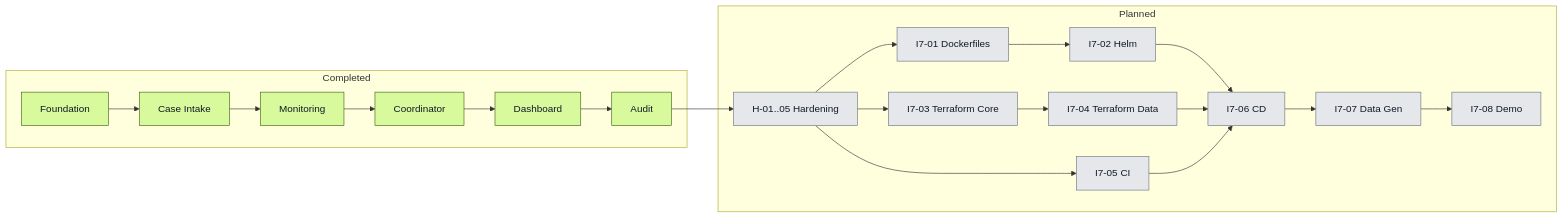
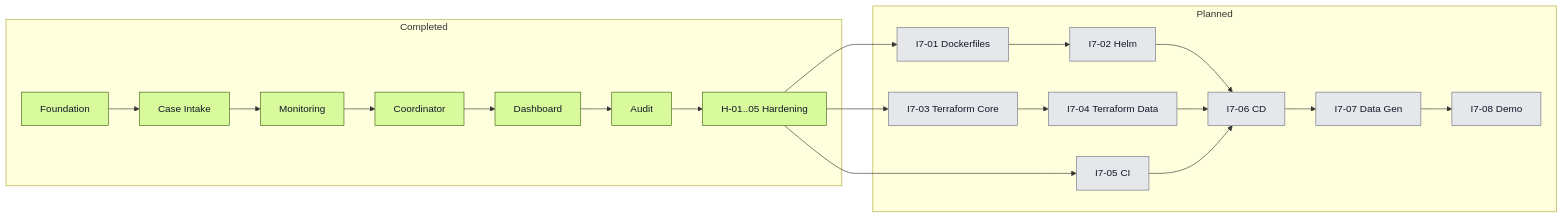
One commit to artemsemdev/CareBridge changed the second of 2 diagrams in docs/delivery/README.md. Above: the diagram before and after it, drawn with Mermaid. The commit also changed other lines of this file and 18 other files, not shown here.

````diff
--- a/docs/delivery/README.md
+++ b/docs/delivery/README.md
@@ -112,35 +116,35 @@
 ```mermaid
 flowchart LR
     subgraph Completed
         E1[Foundation]
         E2[Case Intake]
         E3[Monitoring]
         E4[Coordinator]
         E5[Dashboard]
         E6[Audit]
+        H[H-01..05 Hardening]
     end
 
     subgraph Planned
-        H[H-01..05 Hardening]
         D1[I7-01 Dockerfiles]
         D2[I7-02 Helm]
         T1[I7-03 Terraform Core]
         T2[I7-04 Terraform Data]
         CI[I7-05 CI]
         CD[I7-06 CD]
         G[I7-07 Data Gen]
         W[I7-08 Demo]
     end
 
     E1 --> E2 --> E3 --> E4 --> E5 --> E6 --> H
     H --> D1 --> D2 --> CD
     H --> T1 --> T2 --> CD
     H --> CI --> CD
     CD --> G --> W
 
     classDef done fill:#d9f99d,stroke:#3f6212,color:#111827;
     classDef later fill:#e5e7eb,stroke:#6b7280,color:#111827;
 
-    class E1,E2,E3,E4,E5,E6 done;
-    class H,D1,D2,T1,T2,CI,CD,G,W later;
+    class E1,E2,E3,E4,E5,E6,H done;
+    class D1,D2,T1,T2,CI,CD,G,W later;
 ```
````
